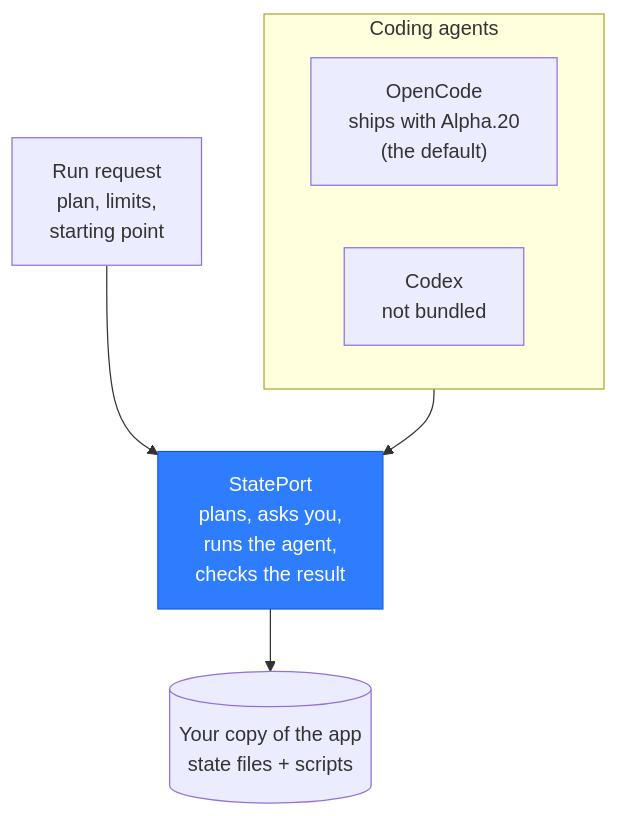
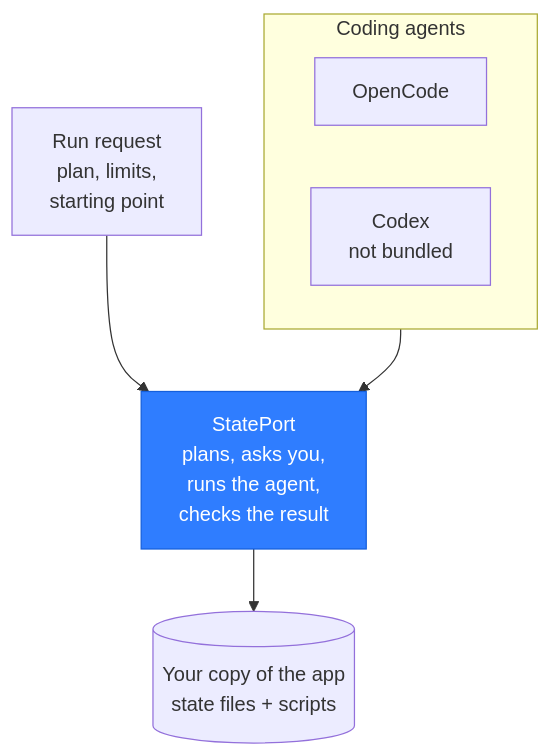
The diagram in assets/diagrams/src/stateport-diagram-harness.mmd (lennertvhoy/StatePort-Site), drawn with Mermaid before and after one commit. The commit also changed 33 other files, not shown here.

```diff
--- a/assets/diagrams/src/stateport-diagram-harness.mmd
+++ b/assets/diagrams/src/stateport-diagram-harness.mmd
@@ -1,13 +1,13 @@
 flowchart TB
     SPEC["Run request<br/>plan, limits,<br/>starting point"]
     subgraph HOSTS["Coding agents"]
-        OC["OpenCode<br/>ships with Alpha.20<br/>(the default)"]
+        OC["OpenCode"]
         CX["Codex<br/>not bundled"]
     end
     HARNESS["StatePort<br/>plans, asks you,<br/>runs the agent,<br/>checks the result"]
     DB[("Your copy of the app<br/>state files + scripts")]
     SPEC --> HARNESS
     HOSTS --> HARNESS
     HARNESS --> DB
     classDef harness fill:#2f7dff,color:#ffffff,stroke:#155fdc;
     class HARNESS harness;
```
